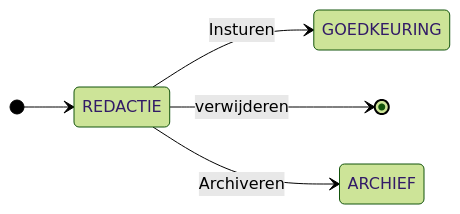
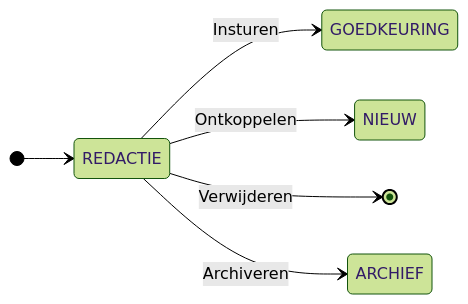
The third of 6 diagrams in docs/artikelen/levenscyclus.md (vl-wbk/documentatie-portaal), drawn with Mermaid (forest theme) before and after one commit.

Commit message:
Documenteren van wijzigingen voor vl-wbk/vl-woordenboek#110

````diff
--- a/docs/artikelen/levenscyclus.md
+++ b/docs/artikelen/levenscyclus.md
@@ -82,8 +82,9 @@
 ```mermaid
 stateDiagram-v2
     direction LR
     [*] --> REDACTIE
     REDACTIE --> GOEDKEURING: Insturen
-    REDACTIE --> [*]: verwijderen
+    REDACTIE --> NIEUW: Ontkoppelen
+    REDACTIE --> [*]: Verwijderen
     REDACTIE --> ARCHIEF: Archiveren
 ```
````
